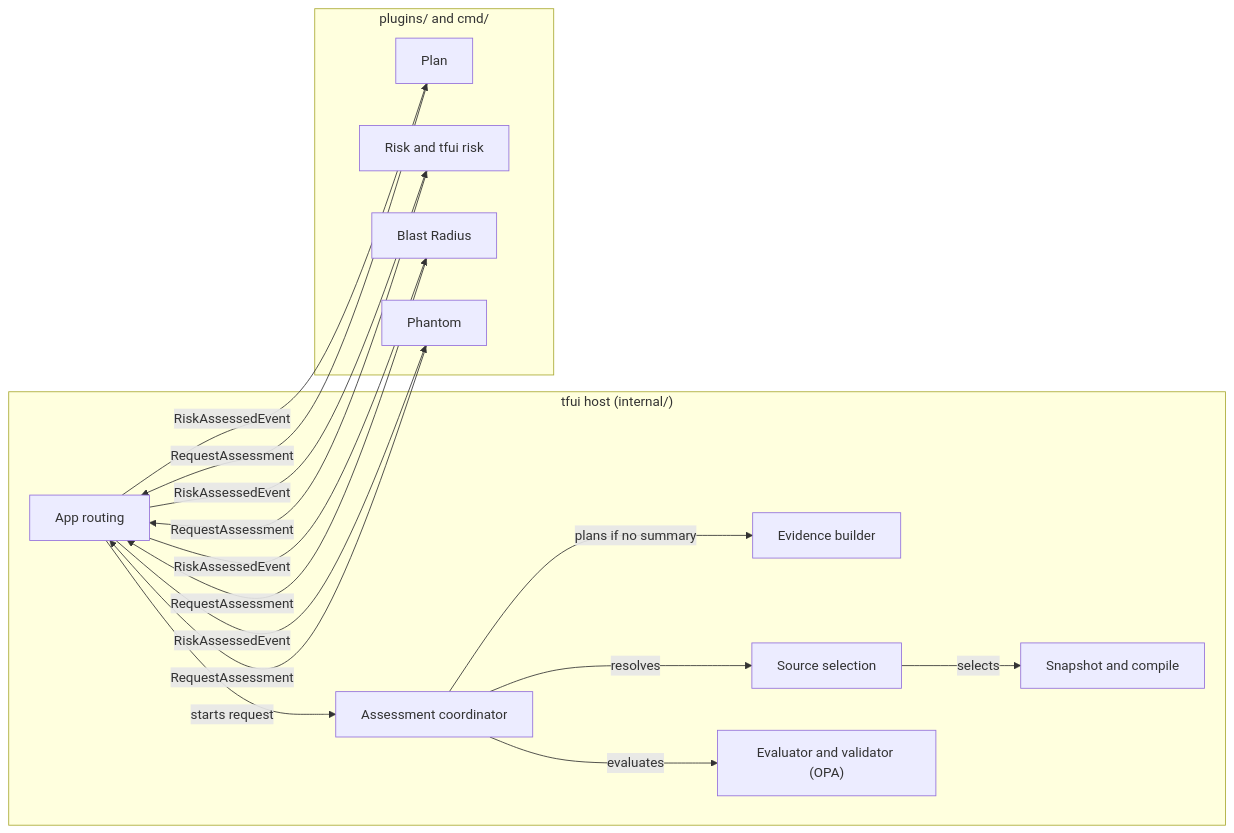
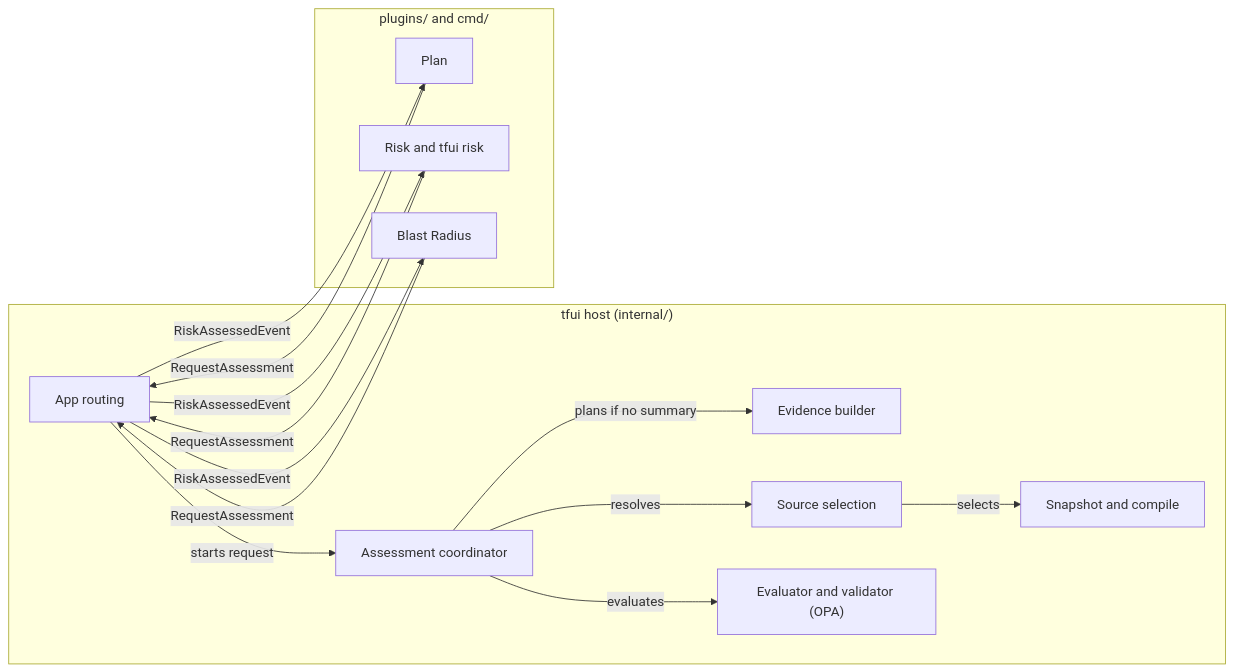
One commit to lmarqs/terraform-ui changed the first of 3 diagrams in docs/development/risk-policy-design.md. Above: the diagram before and after it, drawn with Mermaid. The commit also changed other lines of this file and 19 other files, not shown here.

First line of the commit message:
fix(phantom): plan on cold open without loading the risk policy

````diff
--- a/docs/development/risk-policy-design.md
+++ b/docs/development/risk-policy-design.md
@@ -116,24 +116,23 @@
 ```mermaid
 flowchart LR
   subgraph host["tfui host (internal/)"]
     EV["Evidence builder"]
     SEL["Source selection"]
     SNAP["Snapshot and compile"]
     VAL["Evaluator and validator (OPA)"]
     CO["Assessment coordinator"]
     APP["App routing"]
   end
   subgraph plugins["plugins/ and cmd/"]
     PL["Plan"]
     RK["Risk and tfui risk"]
     BR["Blast Radius"]
-    PH["Phantom"]
   end
-  PL & RK & BR & PH -->|RequestAssessment| APP
+  PL & RK & BR -->|RequestAssessment| APP
   APP -->|starts request| CO
   CO -->|resolves| SEL
   SEL -->|selects| SNAP
   CO -->|plans if no summary| EV
   CO -->|evaluates| VAL
-  APP -->|RiskAssessedEvent| PL & RK & BR & PH
+  APP -->|RiskAssessedEvent| PL & RK & BR
 ```
````
